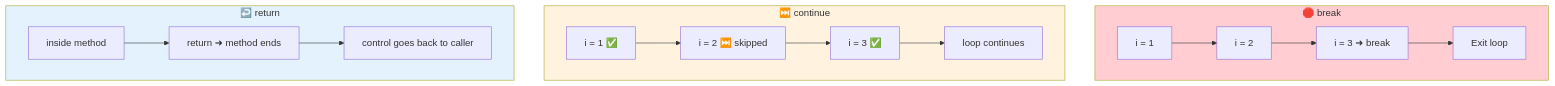
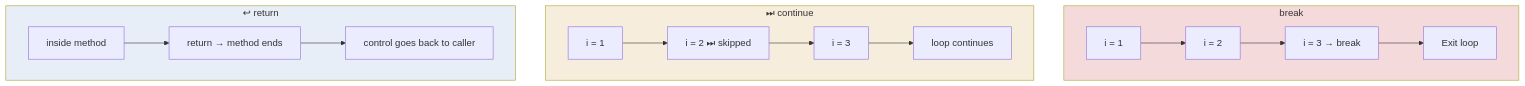
One commit to kundankumarsharma56/Leaning-Java changed the diagram in src/Theory/03-Operators-and-Control-Statements/05-Transfer-Statements.md. Above: the diagram before and after it, drawn with Mermaid. The commit also changed other lines of this file and 84 other files, not shown here.

````diff
--- a/src/Theory/03-Operators-and-Control-Statements/05-Transfer-Statements.md
+++ b/src/Theory/03-Operators-and-Control-Statements/05-Transfer-Statements.md
@@ -21,15 +21,15 @@
 ```mermaid
 flowchart TD
-    subgraph BR["🛑 break"]
-        B1["i = 1"] --> B2["i = 2"] --> B3["i = 3 ➜ break"] --> B4["Exit loop"]
+    subgraph BR["break"]
+        B1["i = 1"] --> B2["i = 2"] --> B3["i = 3 → break"] --> B4["Exit loop"]
     end
-    subgraph CO["⏭️ continue"]
-        C1["i = 1 ✅"] --> C2["i = 2 ⏭️ skipped"] --> C3["i = 3 ✅"] --> C4["loop continues"]
+    subgraph CO["⏭ continue"]
+        C1["i = 1 "] --> C2["i = 2 ⏭ skipped"] --> C3["i = 3 "] --> C4["loop continues"]
     end
-    subgraph RE["↩️ return"]
-        R1["inside method"] --> R2["return ➜ method ends"] --> R3["control goes back to caller"]
+    subgraph RE["↩ return"]
+        R1["inside method"] --> R2["return → method ends"] --> R3["control goes back to caller"]
     end
-    style BR fill:#ffcdd2
-    style CO fill:#fff3e0
-    style RE fill:#e3f2fd
+    style BR fill:#f4dada
+    style CO fill:#f7eddd
+    style RE fill:#e7eef7
 ```
````
